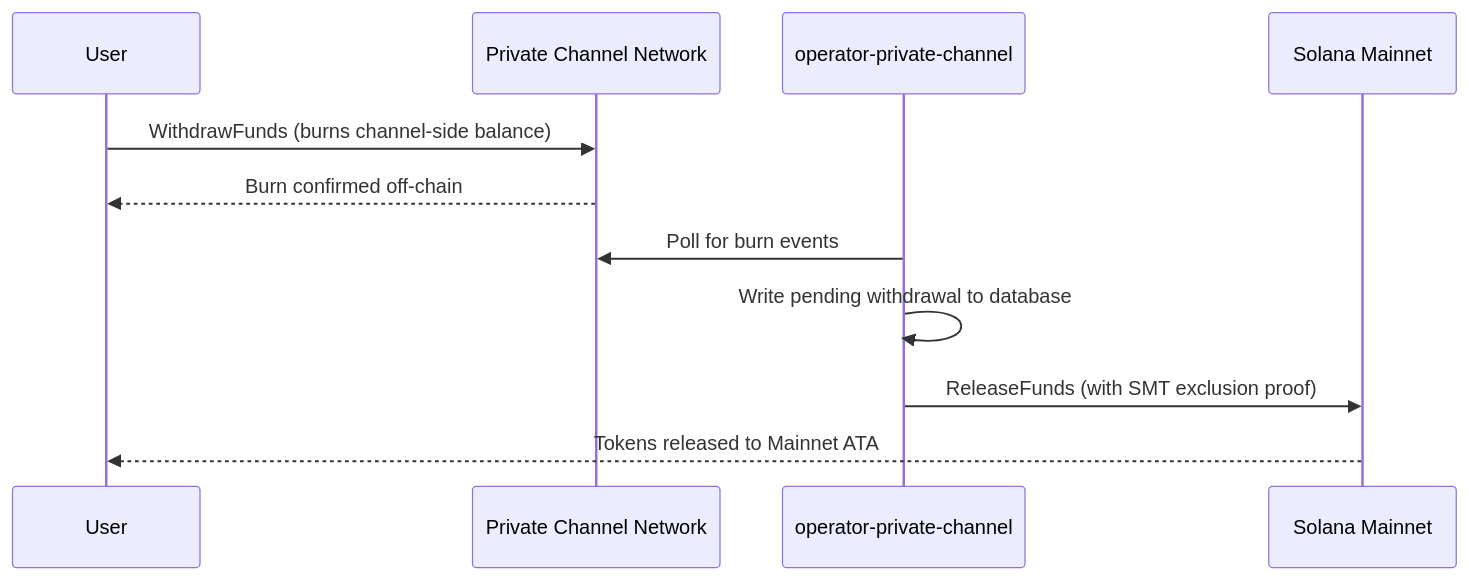
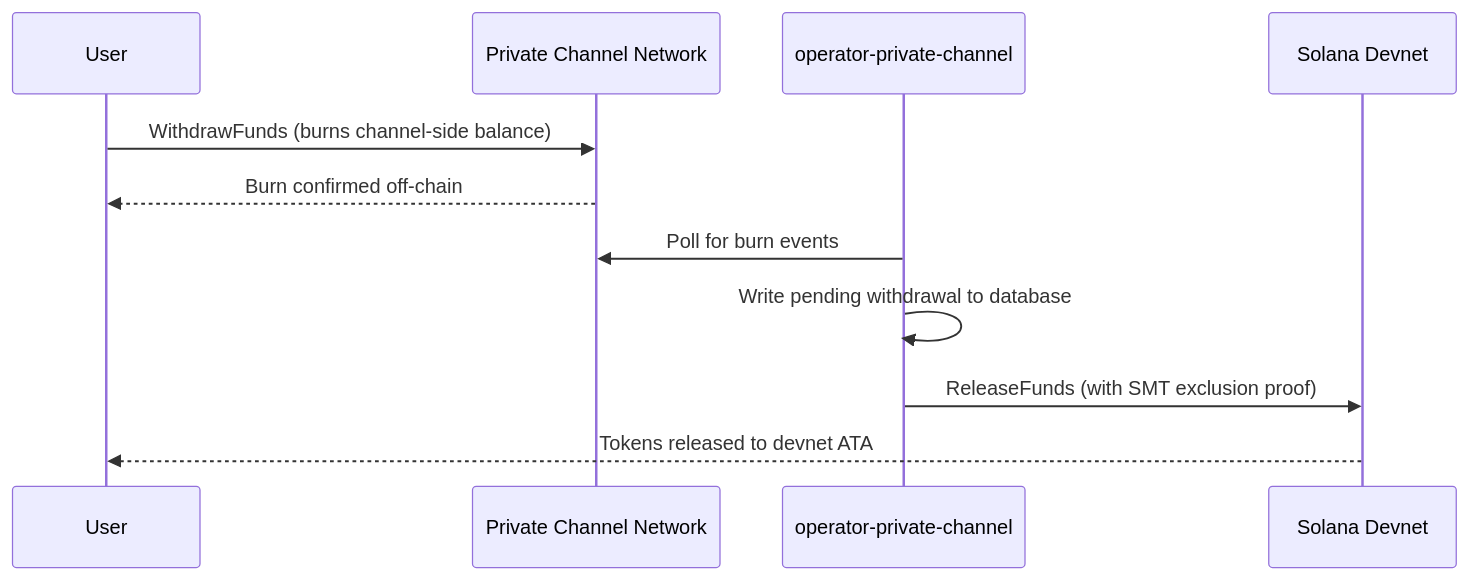
The diagram in apps/docs/content/docs/en/tools/private-channels/quickstart/withdraw.mdx (solana-foundation/solana-com), drawn with Mermaid before and after one commit. The commit also changed other lines of this file and 4 other files, not shown here.

````diff
--- a/apps/docs/content/docs/en/tools/private-channels/quickstart/withdraw.mdx
+++ b/apps/docs/content/docs/en/tools/private-channels/quickstart/withdraw.mdx
@@ -16,15 +16,15 @@
 ```mermaid
 sequenceDiagram
     participant User
     participant Channel as Private Channel Network
     participant Operator as operator-private-channel
-    participant Mainnet as Solana Mainnet
+    participant Devnet as Solana Devnet
 
     User->>Channel: WithdrawFunds (burns channel-side balance)
     Channel-->>User: Burn confirmed off-chain
 
     Operator->>Channel: Poll for burn events
     Operator->>Operator: Write pending withdrawal to database
-    Operator->>Mainnet: ReleaseFunds (with SMT exclusion proof)
-    Mainnet-->>User: Tokens released to Mainnet ATA
+    Operator->>Devnet: ReleaseFunds (with SMT exclusion proof)
+    Devnet-->>User: Tokens released to devnet ATA
 ```
````
